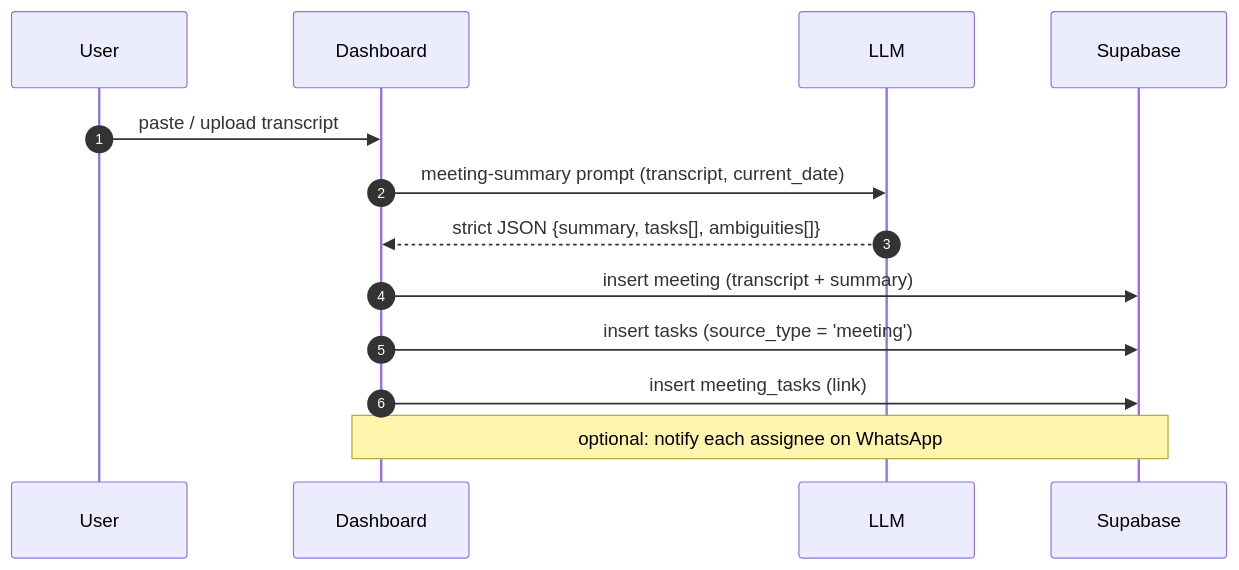
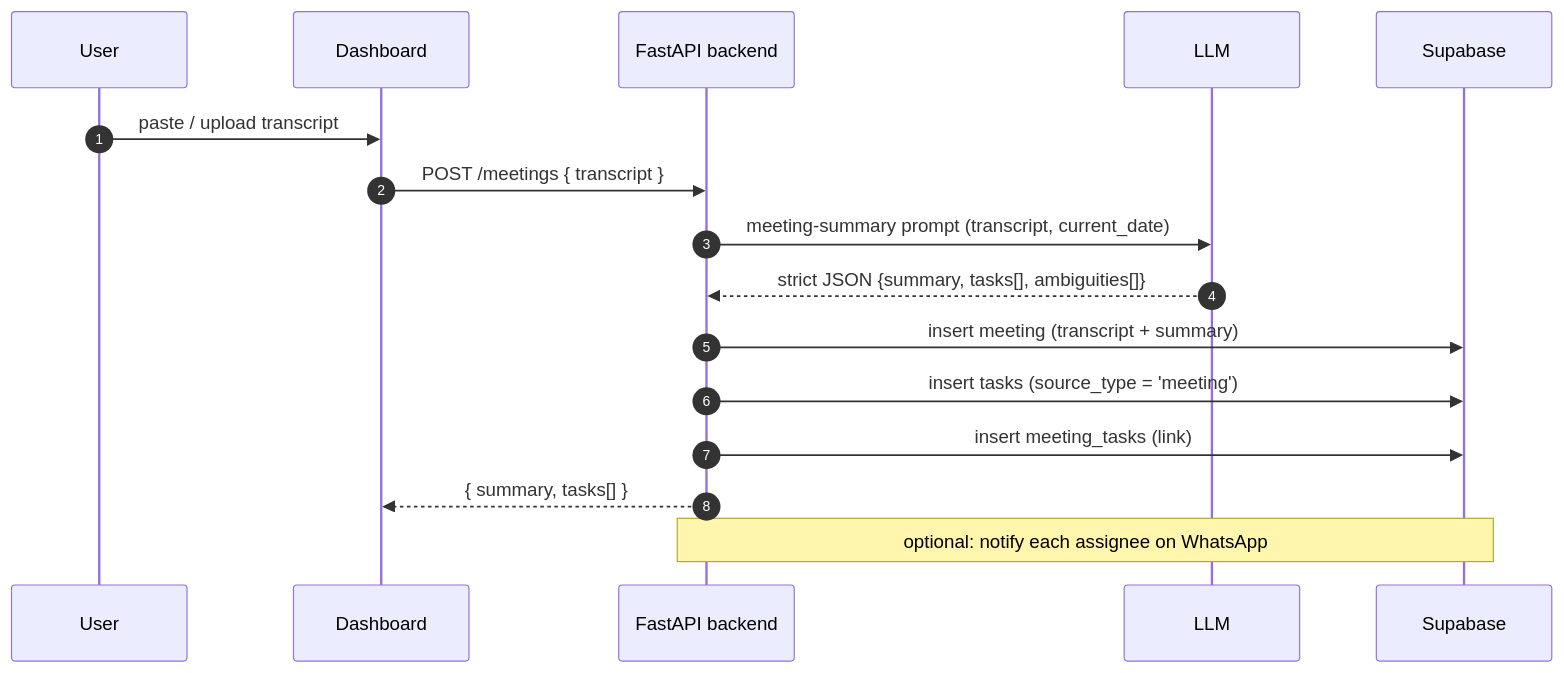
One commit to MateoBarbato/auto-mode-on changed the fifth of 6 diagrams in docs/diagrams/flows.md. Above: the diagram before and after it, drawn with Mermaid. The commit also changed other lines of this file and 7 other files, not shown here.

First line of the commit message:
docs: pivot architecture to programmatic FastAPI pipeline (n8n scheduler-only)

````diff
--- a/docs/diagrams/flows.md
+++ b/docs/diagrams/flows.md
@@ -145,16 +145,19 @@
 ```mermaid
 sequenceDiagram
   autonumber
   participant User
   participant Dashboard
+  participant API as FastAPI backend
   participant LLM
   participant DB as Supabase
 
   User->>Dashboard: paste / upload transcript
-  Dashboard->>LLM: meeting-summary prompt (transcript, current_date)
-  LLM-->>Dashboard: strict JSON {summary, tasks[], ambiguities[]}
-  Dashboard->>DB: insert meeting (transcript + summary)
-  Dashboard->>DB: insert tasks (source_type = 'meeting')
-  Dashboard->>DB: insert meeting_tasks (link)
-  Note over Dashboard,DB: optional: notify each assignee on WhatsApp
+  Dashboard->>API: POST /meetings { transcript }
+  API->>LLM: meeting-summary prompt (transcript, current_date)
+  LLM-->>API: strict JSON {summary, tasks[], ambiguities[]}
+  API->>DB: insert meeting (transcript + summary)
+  API->>DB: insert tasks (source_type = 'meeting')
+  API->>DB: insert meeting_tasks (link)
+  API-->>Dashboard: { summary, tasks[] }
+  Note over API,DB: optional: notify each assignee on WhatsApp
 ```
````
